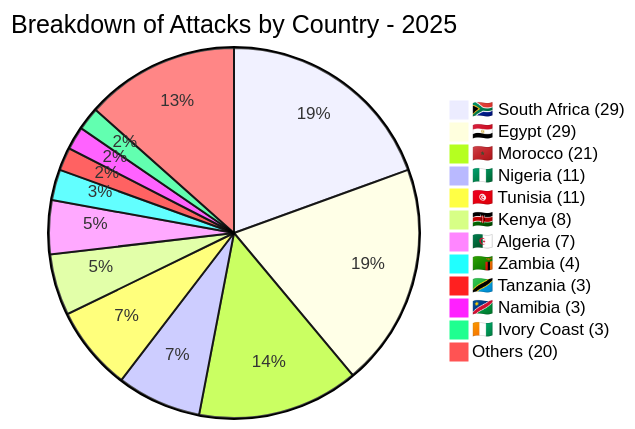
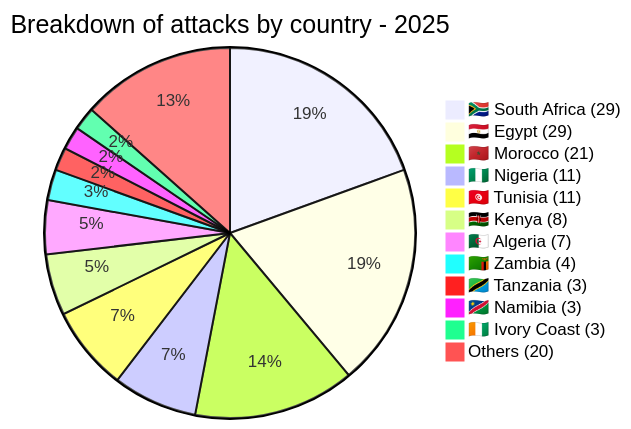
One commit to Hatchepsoute/AFRINTEL changed the fifth of 7 diagrams in reports/2025/README.md. Above: the diagram before and after it, drawn with Mermaid. The commit also changed other lines of this file and 1 other file, not shown here.

````diff
--- a/reports/2025/README.md
+++ b/reports/2025/README.md
@@ -154,15 +156,15 @@
 ```mermaid
-pie title Breakdown of Attacks by Country - 2025
+pie title Breakdown of attacks by country - 2025
     "🇿🇦 South Africa (29)" : 29
     "🇪🇬 Egypt (29)" : 29
     "🇲🇦 Morocco (21)" : 21
     "🇳🇬 Nigeria (11)" : 11
     "🇹🇳 Tunisia (11)" : 11
     "🇰🇪 Kenya (8)" : 8
     "🇩🇿 Algeria (7)" : 7
     "🇿🇲 Zambia (4)" : 4
     "🇹🇿 Tanzania (3)" : 3
     "🇳🇦  Namibia (3)" : 3
     "🇨🇮 Ivory Coast (3)" : 3
     "Others (20)" : 20
 ```
````
